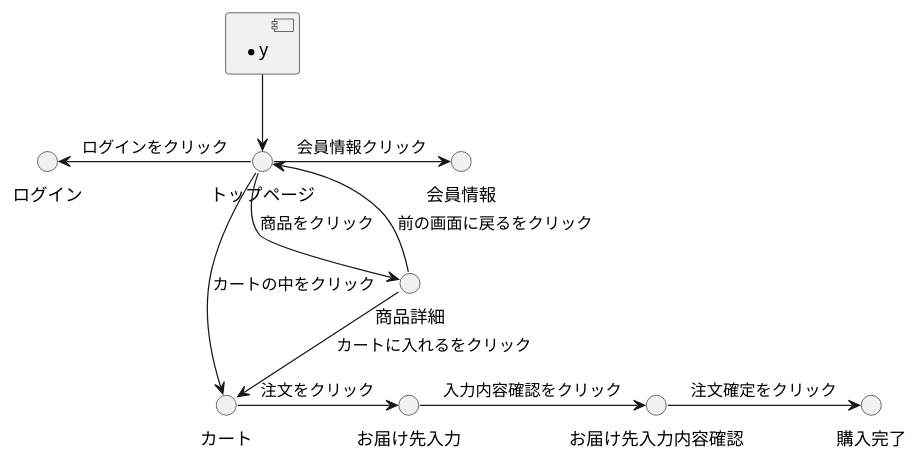
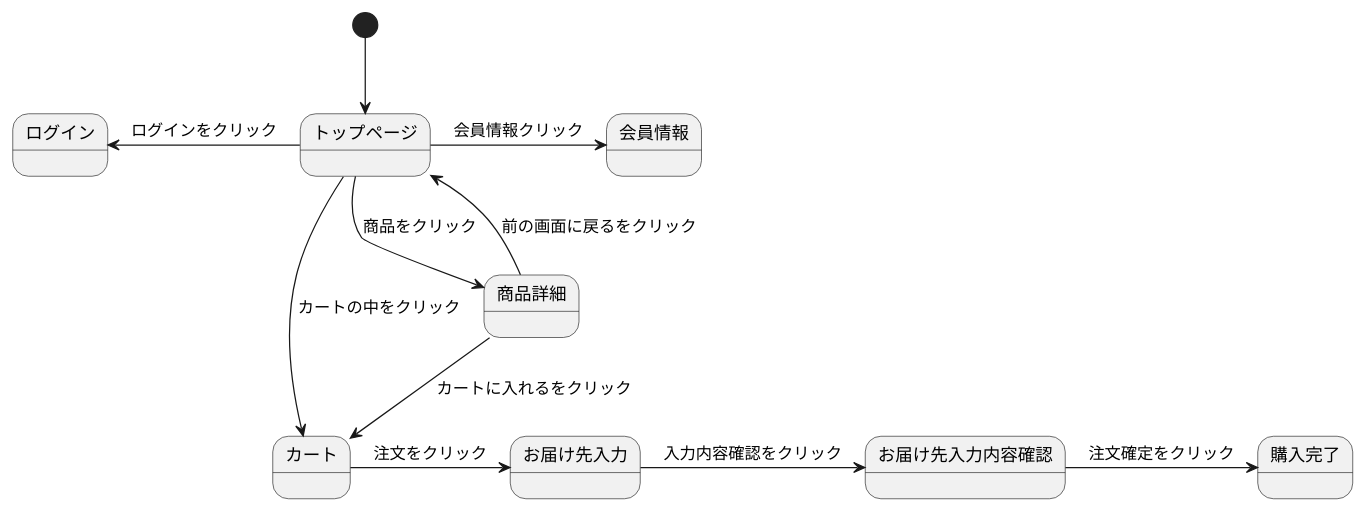
Before and after one commit to Aso2001196/2021sys-design: the diagram in stm01.md, drawn with PlantUML.

````diff
--- a/stm01.md
+++ b/stm01.md
@@ -1,14 +1,14 @@
 ```uml
 @startuml
-[*y] --> トップページ
+[*] --> トップページ
 トップページ -> 会員情報 : 会員情報クリック
 トップページ -left-> ログイン : ログインをクリック
 トップページ --> 商品詳細 : 商品をクリック
 トップページ --> カート : カートの中をクリック
 商品詳細 --> カート : カートに入れるをクリック
 商品詳細 --> トップページ : 前の画面に戻るをクリック
 カート -> お届け先入力 : 注文をクリック
 お届け先入力 -> お届け先入力内容確認 : 入力内容確認をクリック
 お届け先入力内容確認 -> 購入完了 : 注文確定をクリック
 @enduml
 ```
````
